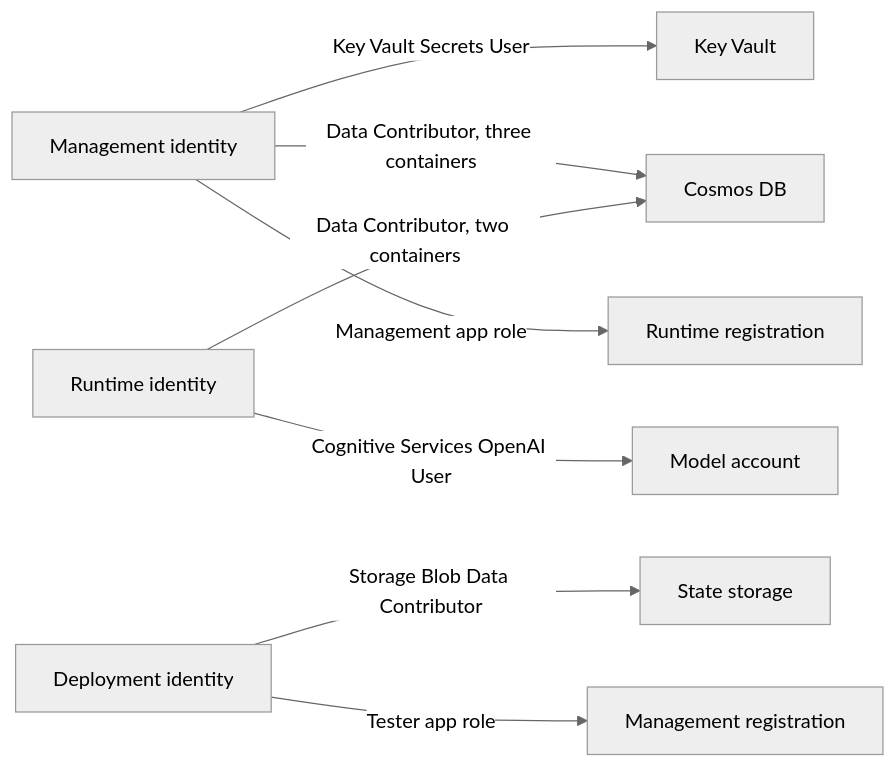
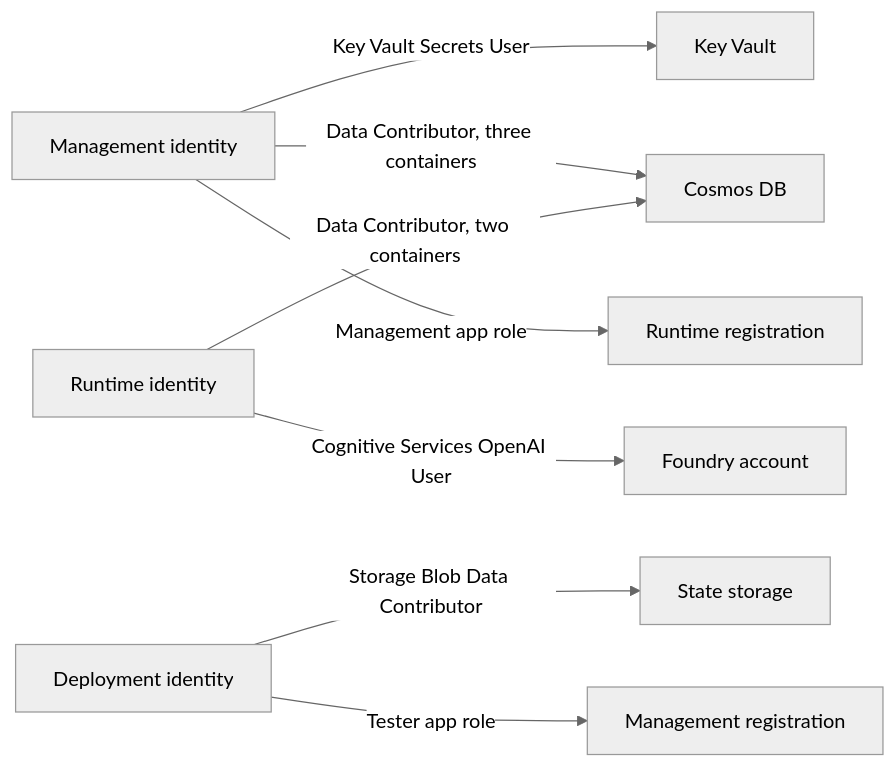
The diagram in docs/runbooks/platform-security.md (marvinbuss/caller-ai), drawn with Mermaid (neutral theme) before and after one commit. The commit also changed other lines of this file and 31 other files, not shown here.

Commit message:
Deploy a Foundry account with text and gpt-live-1 model deployments

````diff
--- a/docs/runbooks/platform-security.md
+++ b/docs/runbooks/platform-security.md
@@ -20,10 +20,10 @@
 ```mermaid
 flowchart LR
     MI["Management identity"] -->|"Key Vault Secrets User"| Vault["Key Vault"]
     MI -->|"Data Contributor, three containers"| Cosmos["Cosmos DB"]
     MI -->|"Management app role"| RReg["Runtime registration"]
     RI["Runtime identity"] -->|"Data Contributor, two containers"| Cosmos
-    RI -->|"Cognitive Services OpenAI User"| Model["Model account"]
+    RI -->|"Cognitive Services OpenAI User"| Model["Foundry account"]
     Dep["Deployment identity"] -->|"Storage Blob Data Contributor"| State["State storage"]
     Dep -->|"Tester app role"| Reg["Management registration"]
 ```
````
